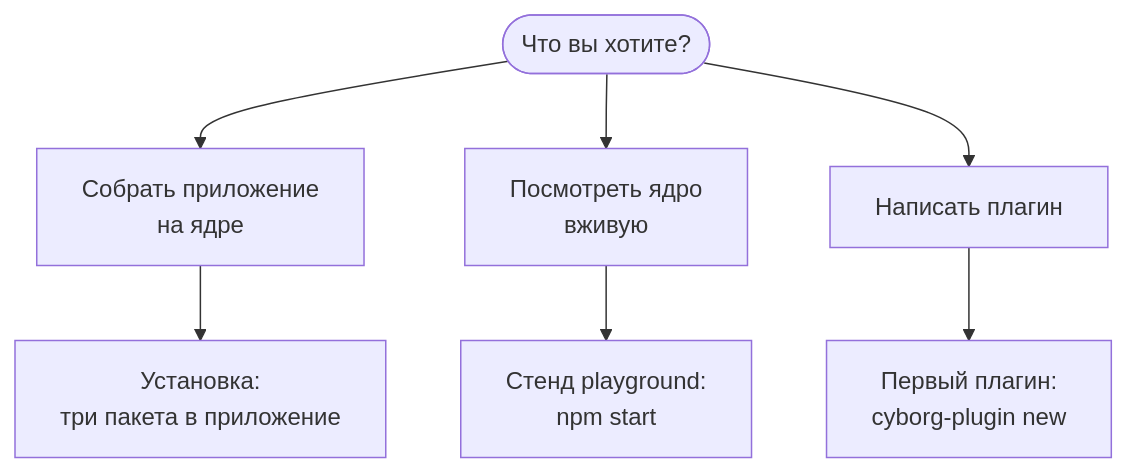
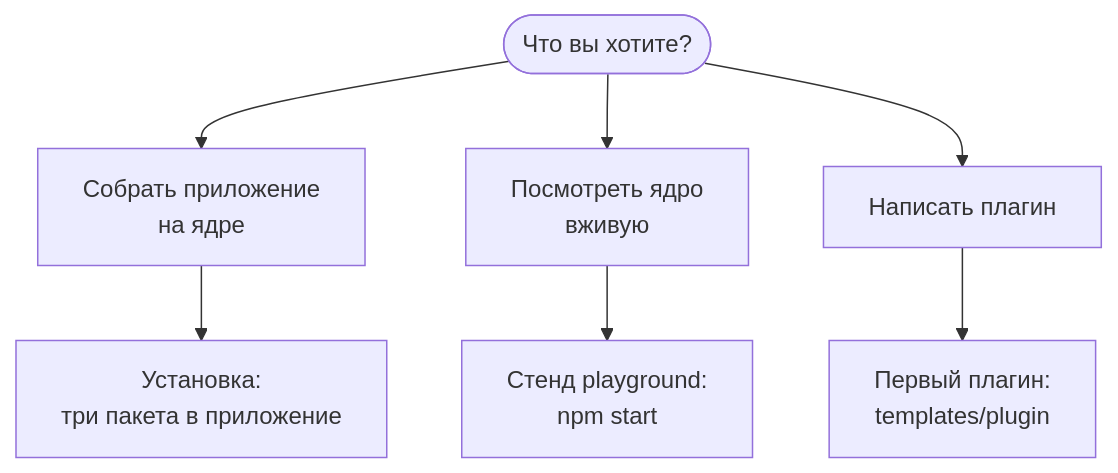
The diagram in docs/guide/start/index.md (dex-it/cyborg-harness), drawn with Mermaid before and after one commit. The commit also changed other lines of this file and 7 other files, not shown here.

Commit message:
P-05: руководство «Первый плагин» по шаблону вместо cyborg-plugin new, ссылки в contracts/README, SRS FR-CH-1013, тесты и CI, карта CLAUDE.md

````diff
--- a/docs/guide/start/index.md
+++ b/docs/guide/start/index.md
@@ -8,13 +8,13 @@
 ```mermaid
 flowchart TB
   start(["Что вы хотите?"])
   app["Собрать приложение<br/>на ядре"]
   look["Посмотреть ядро<br/>вживую"]
   author["Написать плагин"]
   install["Установка:<br/>три пакета в приложение"]
   play["Стенд playground:<br/>npm start"]
-  first["Первый плагин:<br/>cyborg-plugin new"]
+  first["Первый плагин:<br/>templates/plugin"]
   start --> app --> install
   start --> look --> play
   start --> author --> first
 ```
````
